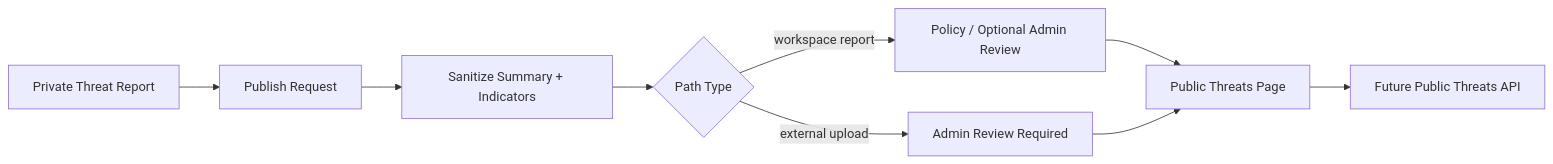
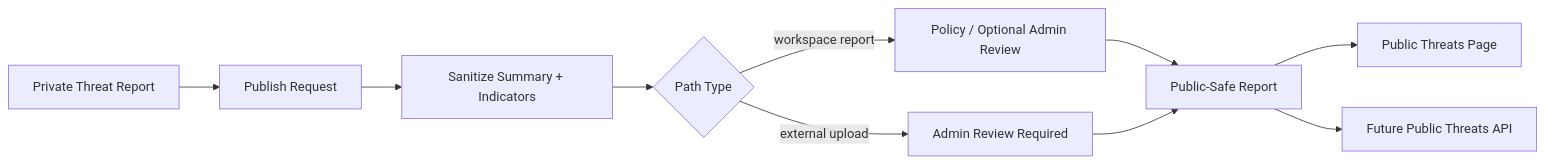
One commit to cl0udz1/cyber_guard_platfrom changed the diagram in docs/diagrams/SHARING_REVIEW_FLOW.md. Above: the diagram before and after it, drawn with Mermaid. The commit also changed 16 other files, not shown here.

````diff
--- a/docs/diagrams/SHARING_REVIEW_FLOW.md
+++ b/docs/diagrams/SHARING_REVIEW_FLOW.md
@@ -3,13 +3,14 @@
 ```mermaid
 flowchart LR
     PRIVATE[Private Threat Report] --> REQUEST[Publish Request]
     REQUEST --> SANITIZE[Sanitize Summary + Indicators]
     SANITIZE --> PATH{Path Type}
 
     PATH -->|workspace report| REVIEW1[Policy / Optional Admin Review]
     PATH -->|external upload| REVIEW2[Admin Review Required]
 
-    REVIEW1 --> PUBLIC[Public Threats Page]
-    REVIEW2 --> PUBLIC
-    PUBLIC --> API[Future Public Threats API]
+    REVIEW1 --> PUBLICSAFE[Public-Safe Report]
+    REVIEW2 --> PUBLICSAFE
+    PUBLICSAFE --> PUBLIC[Public Threats Page]
+    PUBLICSAFE --> API[Future Public Threats API]
 ```
````
